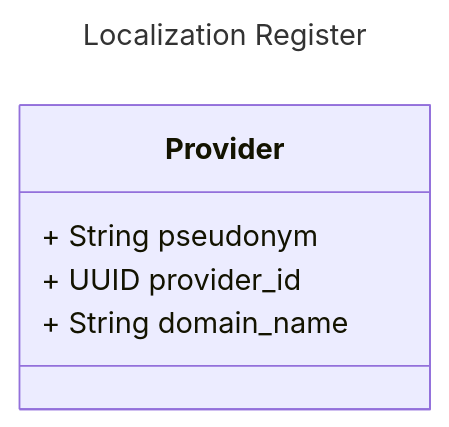
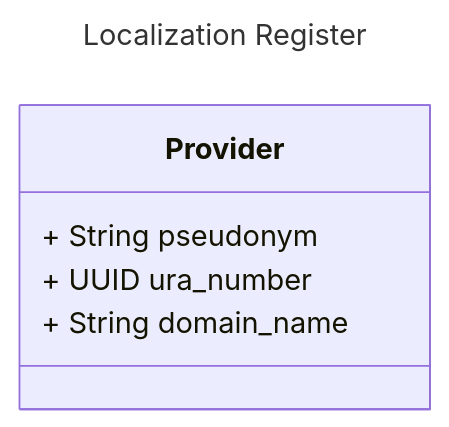
The diagram in README.md (minvws/gfmodules-national-referral-index), drawn with Mermaid before and after one commit. The commit also changed 9 other files, not shown here.

Commit message:
Renamed ProviderID to UraNumber

````diff
--- a/README.md
+++ b/README.md
@@ -40,11 +40,11 @@
 ```mermaid
 ---
 title: Localization Register
 ---
 classDiagram
     class Provider {
         + String pseudonym
-        + UUID provider_id
+        + UUID ura_number
         + String domain_name
     }
 ```
````
